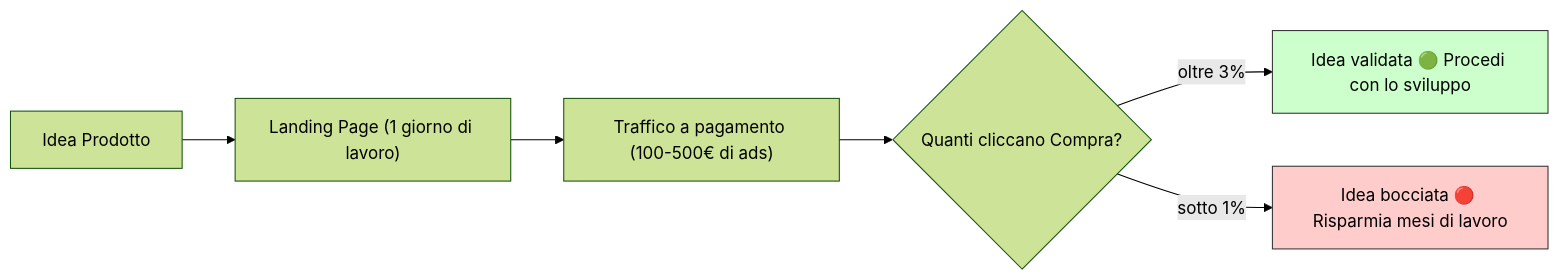
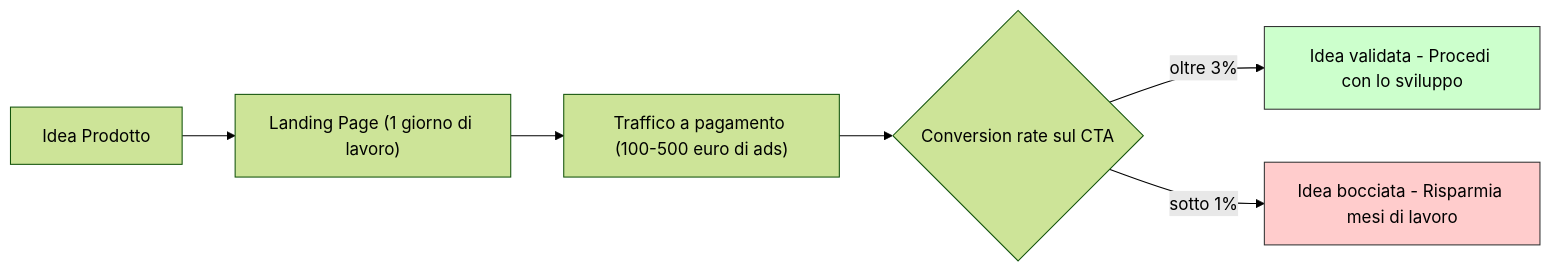
The diagram in src/content/blog/ricerche-mercato-rock.mdx (AndreyBertasini/gynnitech), drawn with Mermaid (forest theme) before and after one commit. The commit also changed other lines of this file and 27 other files, not shown here.

````diff
--- a/src/content/blog/ricerche-mercato-rock.mdx
+++ b/src/content/blog/ricerche-mercato-rock.mdx
@@ -42,11 +65,11 @@
 ```mermaid
 graph LR
     A[Idea Prodotto] --> B["Landing Page (1 giorno di lavoro)"]
-    B --> C["Traffico a pagamento (100-500€ di ads)"]
-    C --> D{"Quanti cliccano Compra?"}
-    D -- "oltre 3%" --> E["Idea validata 🟢 Procedi con lo sviluppo"]
-    D -- "sotto 1%" --> F["Idea bocciata 🔴 Risparmia mesi di lavoro"]
-    
+    B --> C["Traffico a pagamento (100-500 euro di ads)"]
+    C --> D{"Conversion rate sul CTA"}
+    D -- "oltre 3%" --> E["Idea validata - Procedi con lo sviluppo"]
+    D -- "sotto 1%" --> F["Idea bocciata - Risparmia mesi di lavoro"]
+
     style E fill:#ccffcc,stroke:#333
     style F fill:#ffcccc,stroke:#333
 ```
````
